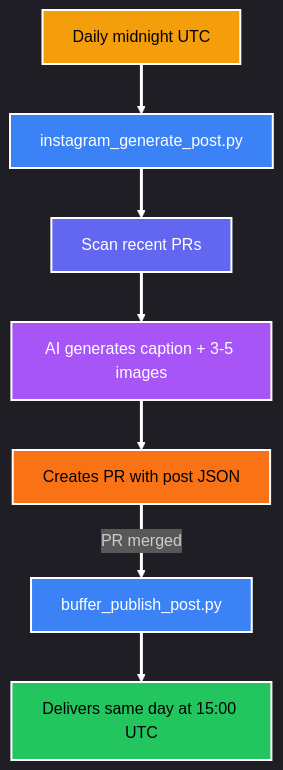
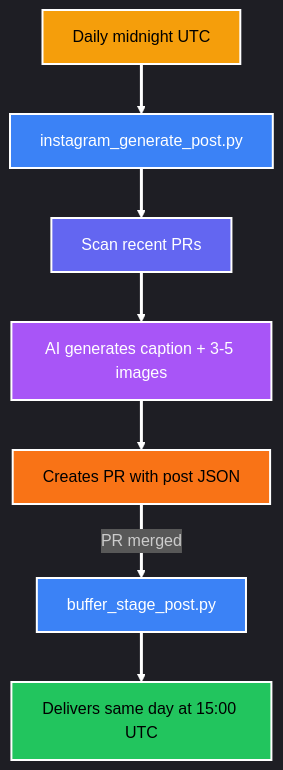
Before and after one commit to pollinations/pollinations: the diagram in social/README-instagram.md, drawn with Mermaid. The commit also changed other lines of this file and 9 other files, not shown here.

First line of the commit message:
fix(social): rename buffer_publish → buffer_stage, add image URL retries, fix PR preview

````diff
--- a/social/README-instagram.md
+++ b/social/README-instagram.md
@@ -23,19 +23,19 @@
 ```mermaid
 %%{init: {'theme': 'dark', 'themeVariables': { 'lineColor': '#ffffff' }}}%%
 flowchart TD
     A["Daily midnight UTC"]:::trigger --> B["instagram_generate_post.py"]:::script
     B --> C["Scan recent PRs"]:::process
     C --> D["AI generates caption + 3-5 images"]:::ai
     D --> E["Creates PR with post JSON"]:::pr
-    E -->|PR merged| F["buffer_publish_post.py"]:::script
+    E -->|PR merged| F["buffer_stage_post.py"]:::script
     F --> G["Delivers same day at 15:00 UTC"]:::output
 
     classDef trigger fill:#f59e0b,stroke:#fff,stroke-width:2px,color:#000
     classDef script fill:#3b82f6,stroke:#fff,stroke-width:2px,color:#fff
     classDef process fill:#6366f1,stroke:#fff,stroke-width:2px,color:#fff
     classDef ai fill:#a855f7,stroke:#fff,stroke-width:2px,color:#fff
     classDef pr fill:#f97316,stroke:#fff,stroke-width:2px,color:#000
     classDef output fill:#22c55e,stroke:#fff,stroke-width:2px,color:#000
 
     linkStyle default stroke:#ffffff,stroke-width:3px
 ```
````
